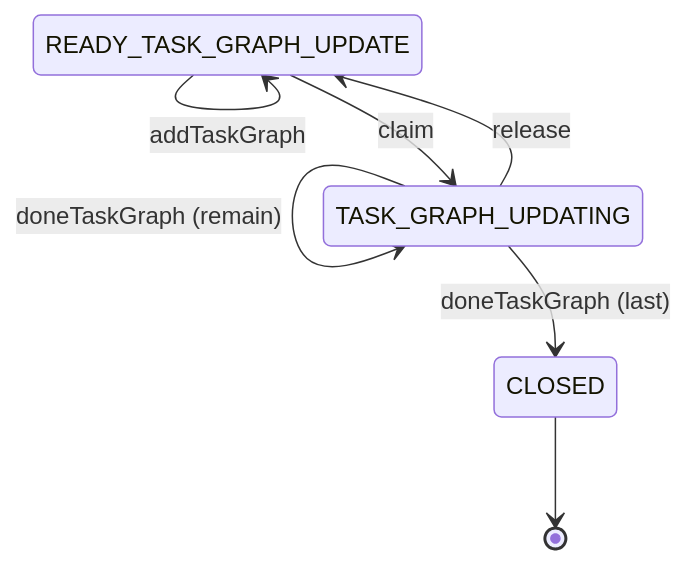
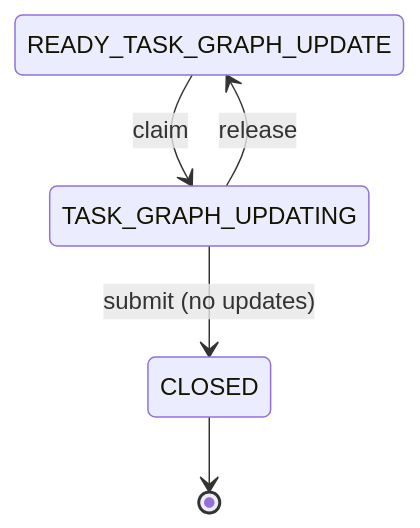
Diagram 11 of 11 in README.md (Pyrolistical/task-graph-template), drawn with Mermaid before and after one commit. The commit also changed other lines of this file and 66 other files, not shown here.

````diff
--- a/README.md
+++ b/README.md
@@ -668,10 +304,7 @@
 ```mermaid
 stateDiagram-v2
-    READY_TASK_GRAPH_UPDATE --> READY_TASK_GRAPH_UPDATE : addTaskGraph
     READY_TASK_GRAPH_UPDATE --> TASK_GRAPH_UPDATING : claim
-    TASK_GRAPH_UPDATING --> TASK_GRAPH_UPDATING : addTaskGraph
-    TASK_GRAPH_UPDATING --> TASK_GRAPH_UPDATING : doneTaskGraph (remain)
-    TASK_GRAPH_UPDATING --> CLOSED : doneTaskGraph (last)
+    TASK_GRAPH_UPDATING --> CLOSED : submit (no updates)
     TASK_GRAPH_UPDATING --> READY_TASK_GRAPH_UPDATE : release
     CLOSED --> [*]
 ```
````
